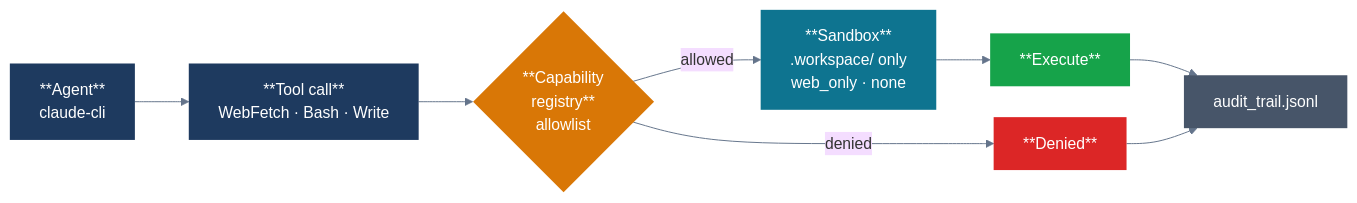
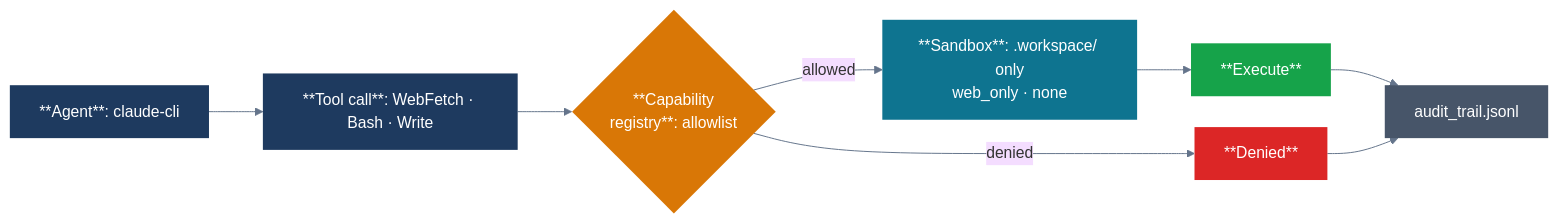
The diagram in docs/showcase/patterns/10-tool-use-sandbox.mmd (josefigueredo/multillm-adversarial-convergence), drawn with Mermaid before and after one commit. The commit also changed 59 other files, not shown here.

```diff
--- a/docs/showcase/patterns/10-tool-use-sandbox.mmd
+++ b/docs/showcase/patterns/10-tool-use-sandbox.mmd
@@ -1,21 +1,21 @@
 %%{init: {'theme': 'base', 'themeVariables': {'fontSize': '16px', 'lineColor': '#64748b'}, 'flowchart': {'rankSpacing': 55, 'nodeSpacing': 25, 'curve': 'basis'}}}%%
 flowchart LR
-    AG["**Agent**\nclaude-cli"]
-    REQ["**Tool call**\nWebFetch · Bash · Write"]
-    REG{"**Capability\nregistry**\nallowlist"}
-    SBX["**Sandbox**\n.workspace/ only\nweb_only · none"]
+    AG["**Agent**: claude-cli"]
+    REQ["**Tool call**: WebFetch · Bash · Write"]
+    REG{"**Capability\nregistry**: allowlist"}
+    SBX["**Sandbox**: .workspace/ only\nweb_only · none"]
     OK["**Execute**"]
     DENY["**Denied**"]
     AUD["audit_trail.jsonl"]
 
     AG --> REQ --> REG
     REG -- allowed --> SBX --> OK --> AUD
     REG -- denied --> DENY --> AUD
 
     style AG fill:#1e3a5f,color:#fff,stroke:none
     style REQ fill:#1e3a5f,color:#fff,stroke:none
     style REG fill:#d97706,color:#fff,stroke:none
     style SBX fill:#0e7490,color:#fff,stroke:none
     style OK fill:#16a34a,color:#fff,stroke:none
     style DENY fill:#dc2626,color:#fff,stroke:none
     style AUD fill:#475569,color:#fff,stroke:none
```
